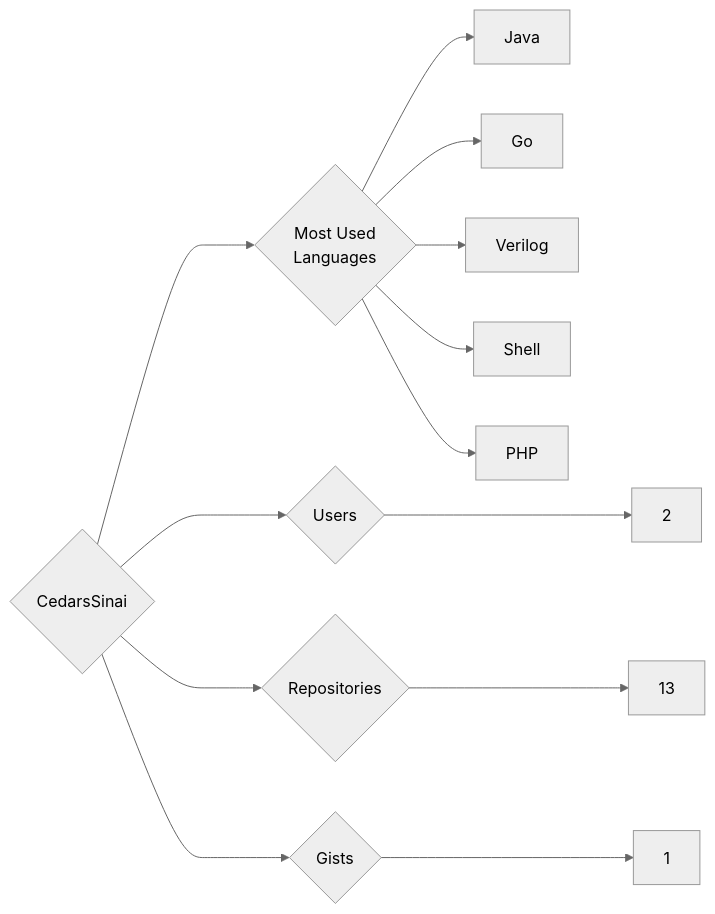
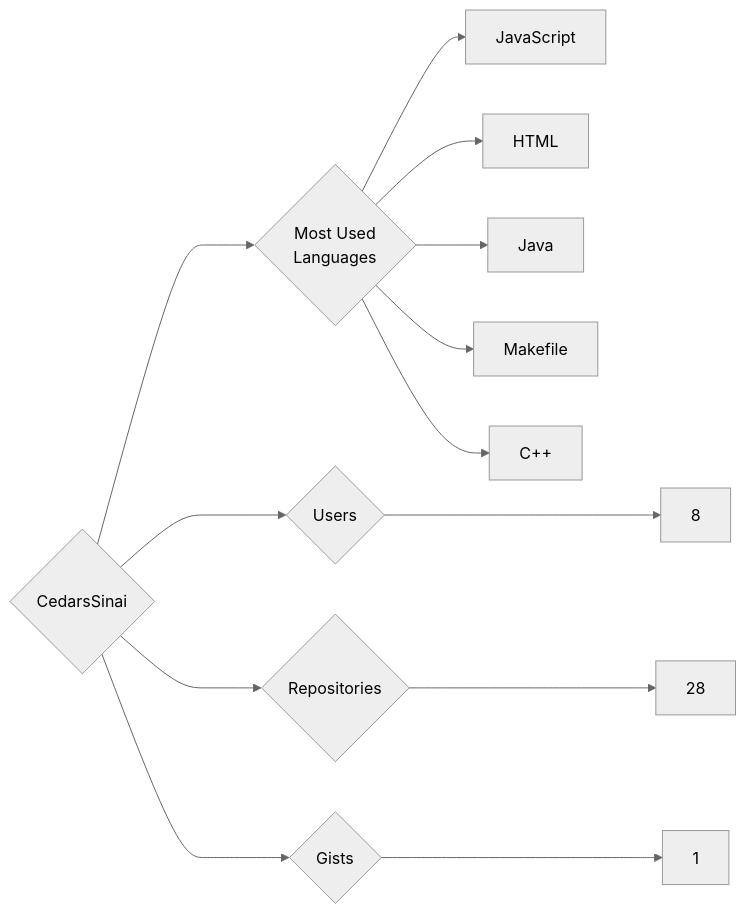
One commit to trickest/insiders changed the diagram in targets/CedarsSinai/README.md. Above: the diagram before and after it, drawn with Mermaid (neutral theme). The commit also changed 1175 other files, not shown here.

````diff
--- a/targets/CedarsSinai/README.md
+++ b/targets/CedarsSinai/README.md
@@ -3,13 +3,13 @@
 ```mermaid
 graph LR
 COMPANY_NAME{CedarsSinai}
-COMPANY_NAME ---> U{Users} ---> UN[2]
-COMPANY_NAME ---> R{Repositories} ---> RN[13]
+COMPANY_NAME ---> U{Users} ---> UN[8]
+COMPANY_NAME ---> R{Repositories} ---> RN[28]
 COMPANY_NAME ---> G{Gists} ---> GN[1]
 COMPANY_NAME ---> ML{Most Used<br>Languages}
+ML --> JavaScript[JavaScript]
+ML --> HTML[HTML]
 ML --> Java[Java]
-ML --> Go[Go]
-ML --> Verilog[Verilog]
-ML --> Shell[Shell]
-ML --> PHP[PHP]
+ML --> Makefile[Makefile]
+ML --> C++[C++]
 ```
````
